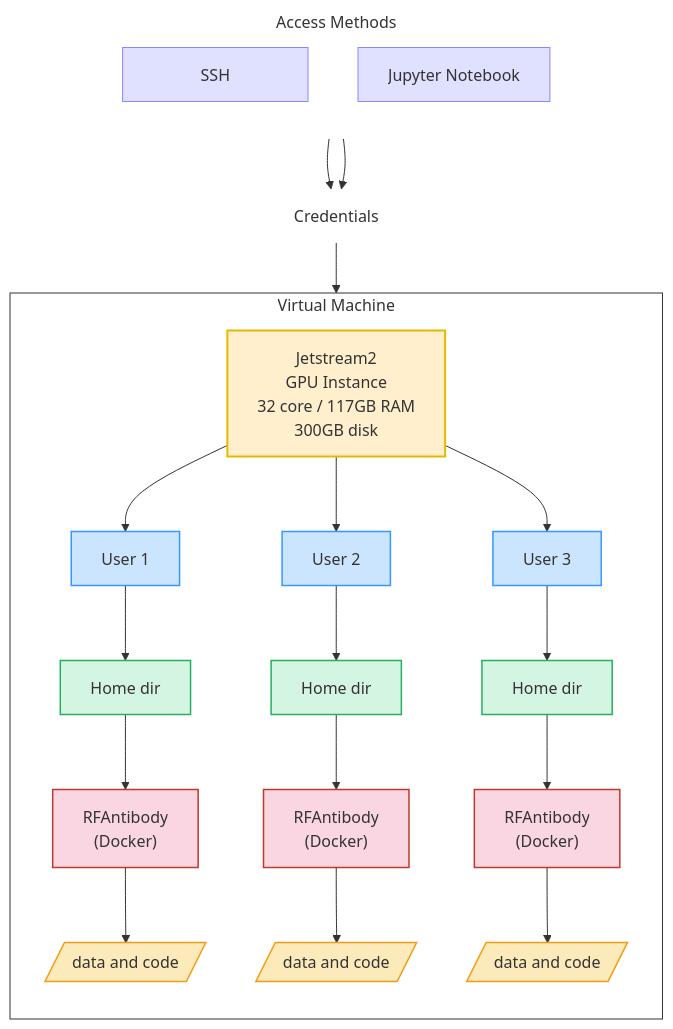
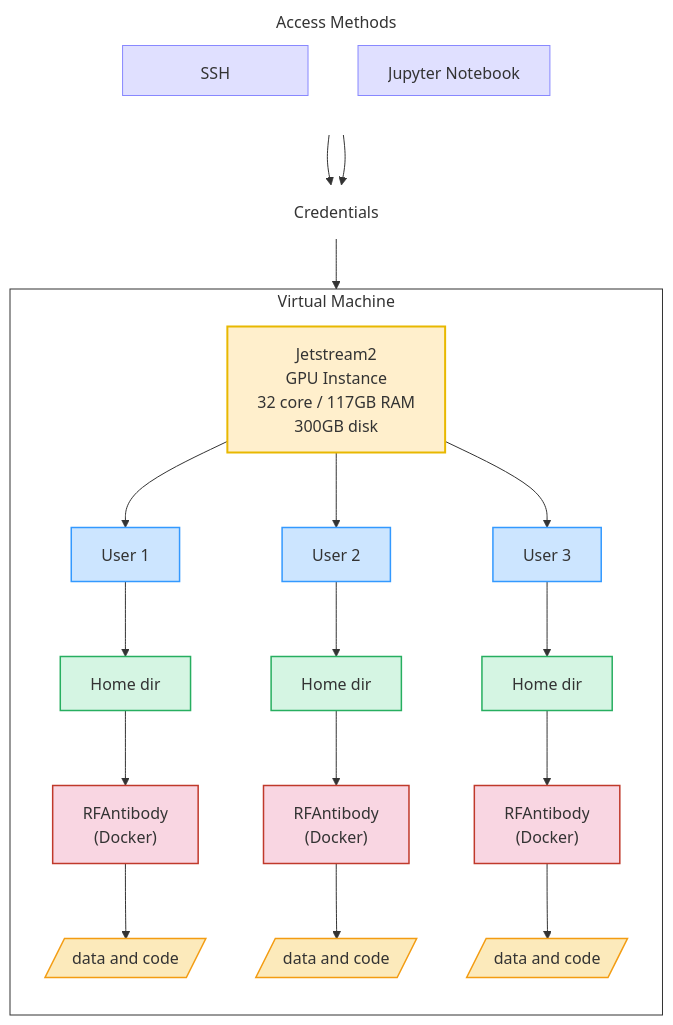
Before and after one commit to AntibodyEngineers/2025-Antibodies-and-AI: the diagram in README.md, drawn with Mermaid.

````diff
--- a/README.md
+++ b/README.md
@@ -9,37 +9,41 @@
 ```mermaid
 flowchart TB
 
 %% Access methods to VM
 subgraph Access [ Access Methods ]
   direction TB
   SSH1[&emsp;&emsp;&emsp;SSH&emsp;&emsp;&emsp;]:::access
   Jup1["Jupyter Notebook"]:::access
 end
 
 %% Connect Access to next block
 SSH1 --> ACC[Credentials]:::spacer
 Jup1 --> ACC
 ACC --> VM
 
 %% VM and user structure
 subgraph VM [Virtual Machine]
   direction TB
   A["Jetstream2<br/>GPU Instance<br/>32 core / 117GB RAM<br/>300GB disk"]:::gpu
-  A --> B[User 1]:::user --> C[Home dir]:::home --> D["RFAntibody<br/>(Docker)"]:::docker --> E[/data and code/]:::data
+  A --> B[User 1]:::user --> C[Home dir]:::home --> D1["RFAntibody<br/>(Docker)"]:::docker --> E[/data and code/]:::data
   A --> B2[User 2]:::user --> C2[Home dir]:::home --> D2["RFAntibody<br/>(Docker)"]:::docker --> E2[/data and code/]:::data
   A --> B3[User 3]:::user --> C3[Home dir]:::home --> D3["RFAntibody<br/>(Docker)"]:::docker --> E3[/data and code/]:::data
 end
 
 %% Style definitions
 classDef gpu fill:#ffefcc,stroke:#e8b800,stroke-width:2px;
 classDef user fill:#cce5ff,stroke:#3399ff,stroke-width:1.5px;
 classDef home fill:#d5f5e3,stroke:#27ae60,stroke-width:1.5px;
 classDef docker fill:#f9d6e2,stroke:#c0392b,stroke-width:1.5px;
 classDef data fill:#fceabb,stroke:#f39c12,stroke-width:1.5px;
-classDef access fill:#e0e0ff,stroke:#8888ff,stroke-width:1px;
+classDef access fill:#e0e0ff,stroke:#8888ff,stroke-width:1px,height:50px;
 classDef clear fill:#FFFFFF00,stroke:#FFFFFF00;
 classDef box fill:#FFFFFF00,stroke:#333;
 classDef spacer fill:transparent,stroke:transparent;
   class Access clear
   class VM box
+%% links
+click D1 "RFAntibody-notes.md"
+click D2 "RFAntibody-notes.md" "RFAntibody notes"
+click D3 "RFAntibody-notes.md" "RFAntibody notes"
 ```
````
